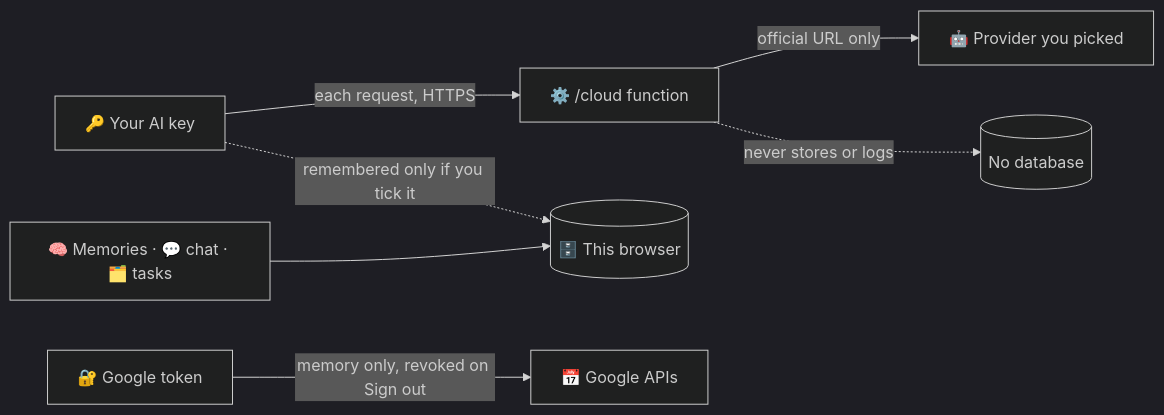
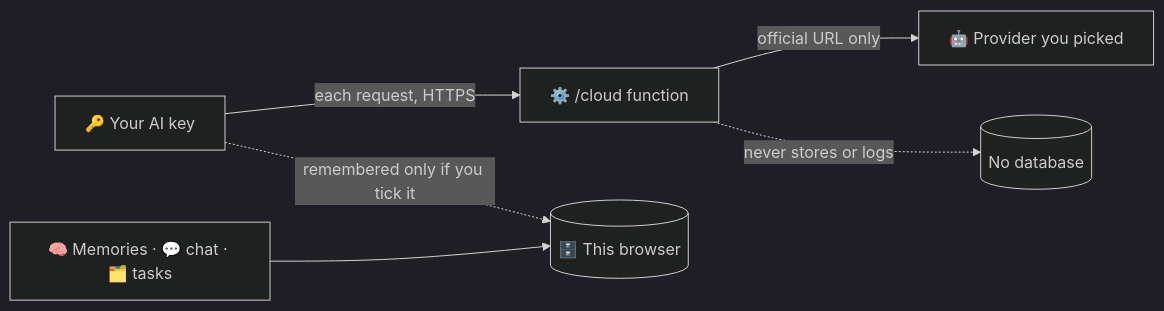
One commit to SHASHWAT-MISHRA-997/Atlas-OS changed the fifth of 5 diagrams in README.md. Above: the diagram before and after it, drawn with Mermaid (dark theme). The commit also changed other lines of this file and 26 other files, not shown here.

````diff
--- a/README.md
+++ b/README.md
@@ -268,8 +240,7 @@
 ```mermaid
 flowchart LR
     K["🔑 Your AI key"] -->|"each request, HTTPS"| F["⚙️ /cloud function"] -->|"official URL only"| P["🤖 Provider you picked"]
     K -.->|"remembered only if you tick it"| L[("🗄️ This browser")]
     M["🧠 Memories · 💬 chat · 🗂️ tasks"] --> L
-    T["🔐 Google token"] -->|"memory only, revoked on Sign out"| GA["📅 Google APIs"]
     F -.->|"never stores or logs"| DB[("No database")]
 ```
````
